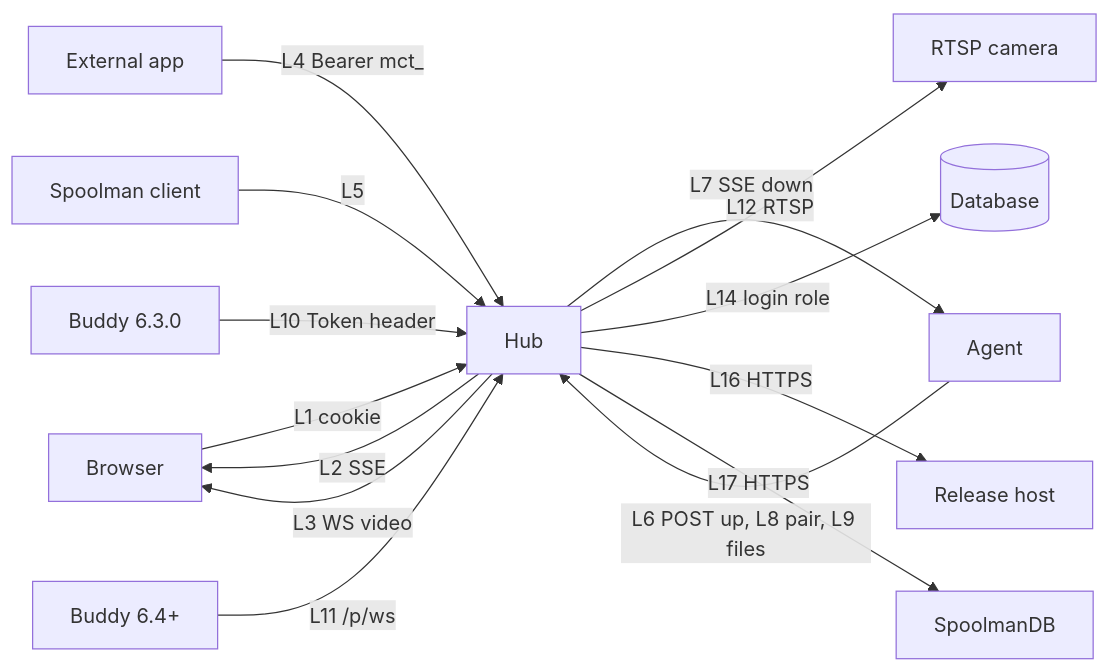
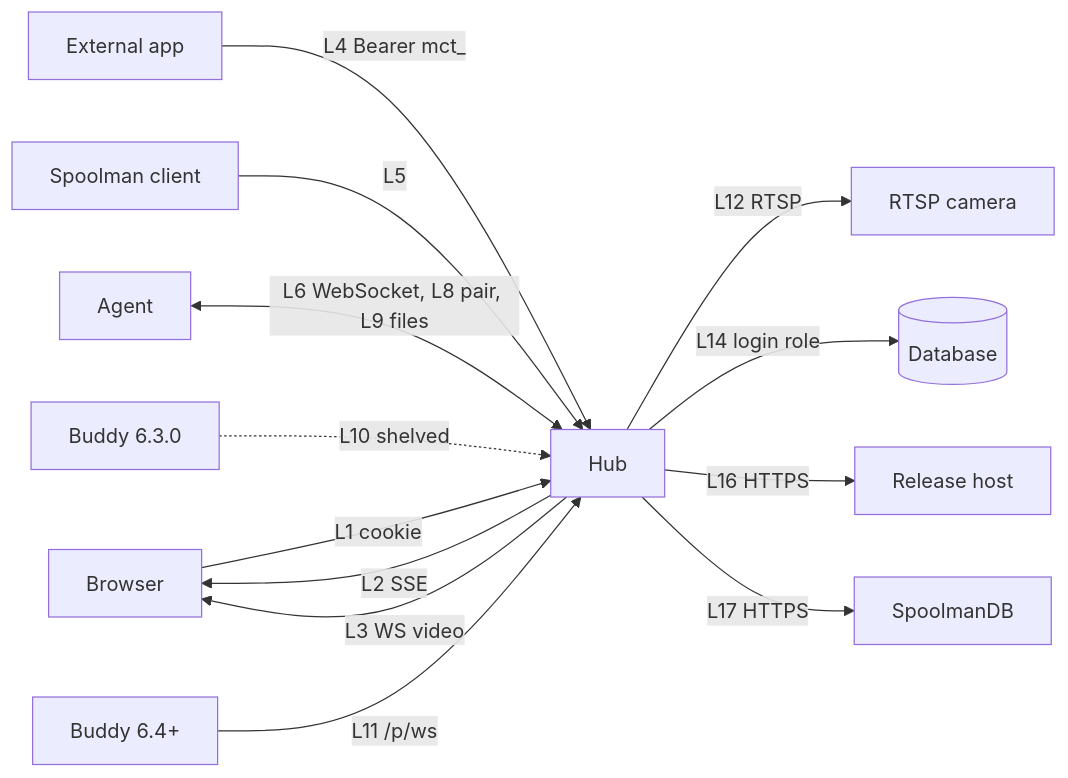
Before and after one commit to CuriousTimo/Maker-Connect: the diagram in docs/design/links.md, drawn with Mermaid. The commit also changed other lines of this file and 20 other files, not shown here.

````diff
--- a/docs/design/links.md
+++ b/docs/design/links.md
@@ -38,27 +38,26 @@
 ```mermaid
 flowchart LR
   browser["Browser"]
   app["External app"]
   spool["Spoolman client"]
   agent["Agent"]
   mini["Buddy 6.3.0"]
   xl["Buddy 6.4+"]
   hub["Hub"]
   db[("Database")]
   cam["RTSP camera"]
   rel["Release host"]
   sdb["SpoolmanDB"]
   browser -->|"L1 cookie"| hub
   hub -->|"L2 SSE"| browser
   hub -->|"L3 WS video"| browser
   app -->|"L4 Bearer mct_"| hub
   spool -->|"L5"| hub
-  agent -->|"L6 POST up, L8 pair, L9 files"| hub
-  hub -->|"L7 SSE down"| agent
-  mini -->|"L10 Token header"| hub
+  agent <-->|"L6 WebSocket, L8 pair, L9 files"| hub
+  mini -.->|"L10 shelved"| hub
   xl -->|"L11 /p/ws"| hub
   hub -->|"L12 RTSP"| cam
   hub -->|"L14 login role"| db
   hub -->|"L16 HTTPS"| rel
   hub -->|"L17 HTTPS"| sdb
 ```
````
